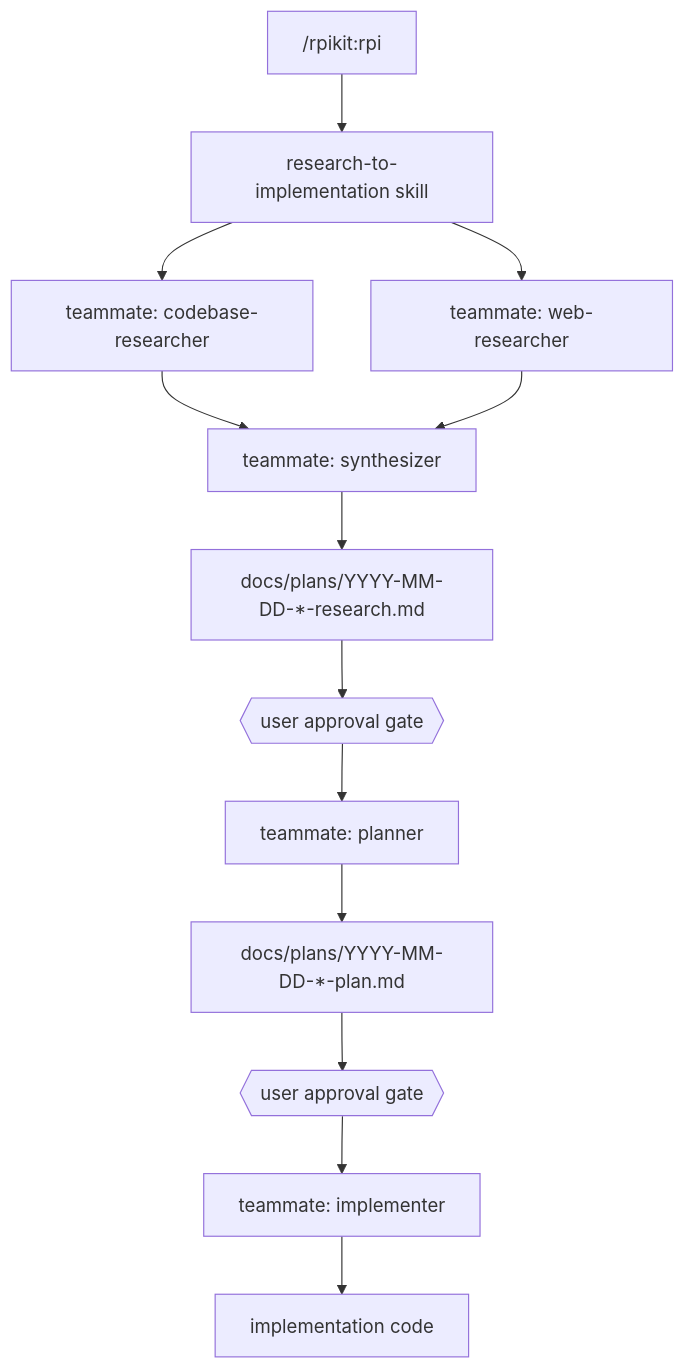
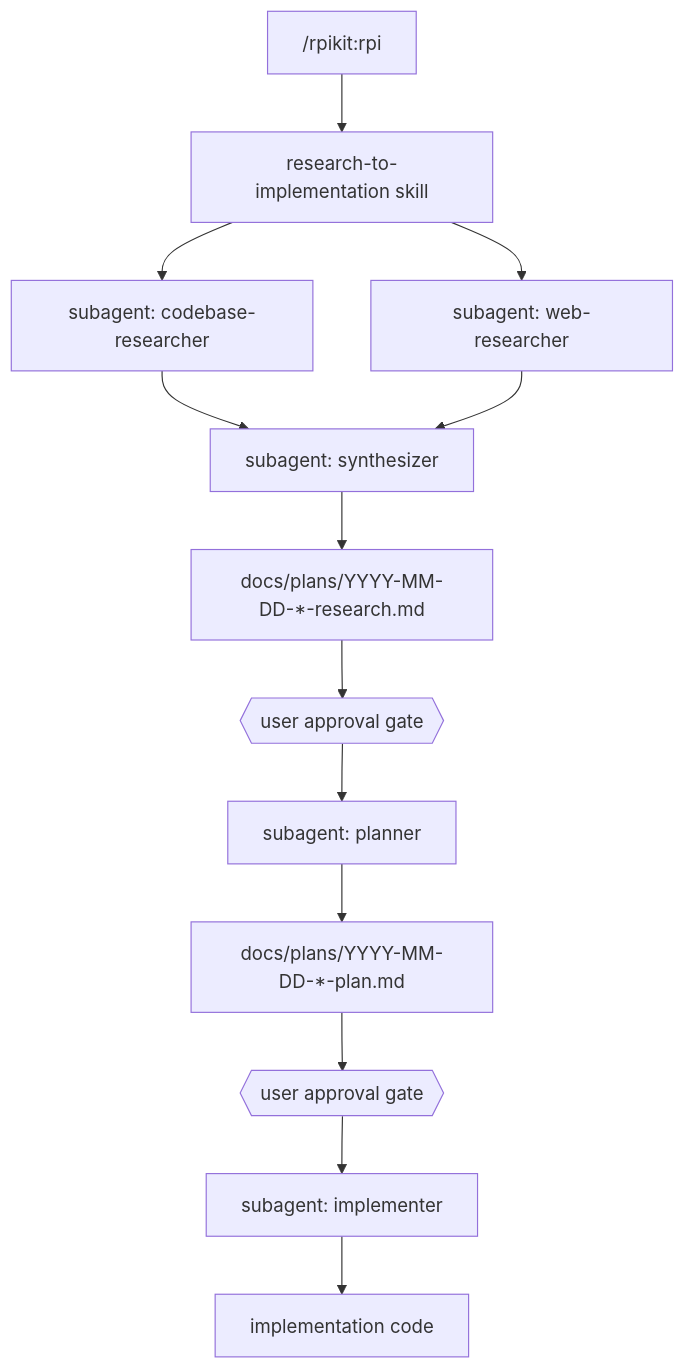
Before and after one commit to bostonaholic/rpikit: the second of 5 diagrams in docs/architecture.md, drawn with Mermaid. The commit also changed other lines of this file and 3 other files, not shown here.

````diff
--- a/docs/architecture.md
+++ b/docs/architecture.md
@@ -109,15 +109,15 @@
 ```mermaid
 graph TD
     RPI["/rpikit:rpi"] --> RTIS["research-to-implementation skill"]
-    RTIS --> T1["teammate: codebase-researcher"]
-    RTIS --> T2["teammate: web-researcher"]
-    T1 --> SYN["teammate: synthesizer"]
+    RTIS --> T1["subagent: codebase-researcher"]
+    RTIS --> T2["subagent: web-researcher"]
+    T1 --> SYN["subagent: synthesizer"]
     T2 --> SYN
     SYN --> RD["docs/plans/YYYY-MM-DD-*-research.md"]
     RD --> G1{{"user approval gate"}}
-    G1 --> T3["teammate: planner"]
+    G1 --> T3["subagent: planner"]
     T3 --> PD["docs/plans/YYYY-MM-DD-*-plan.md"]
     PD --> G2{{"user approval gate"}}
-    G2 --> T4["teammate: implementer"]
+    G2 --> T4["subagent: implementer"]
     T4 --> CODE["implementation code"]
 ```
````
